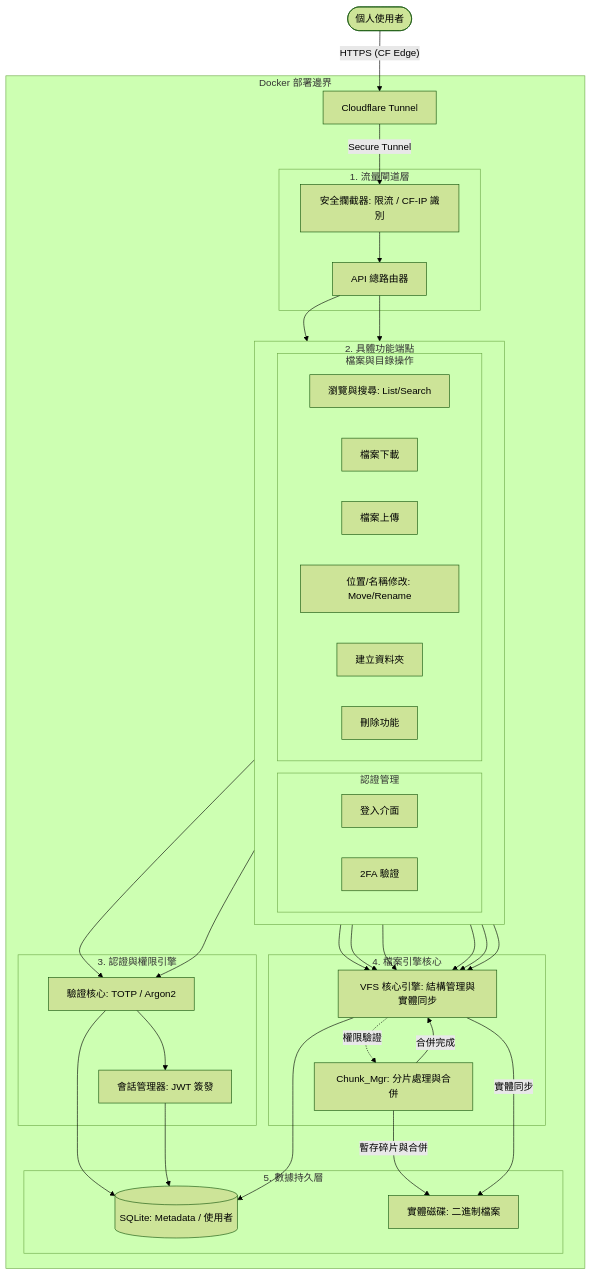
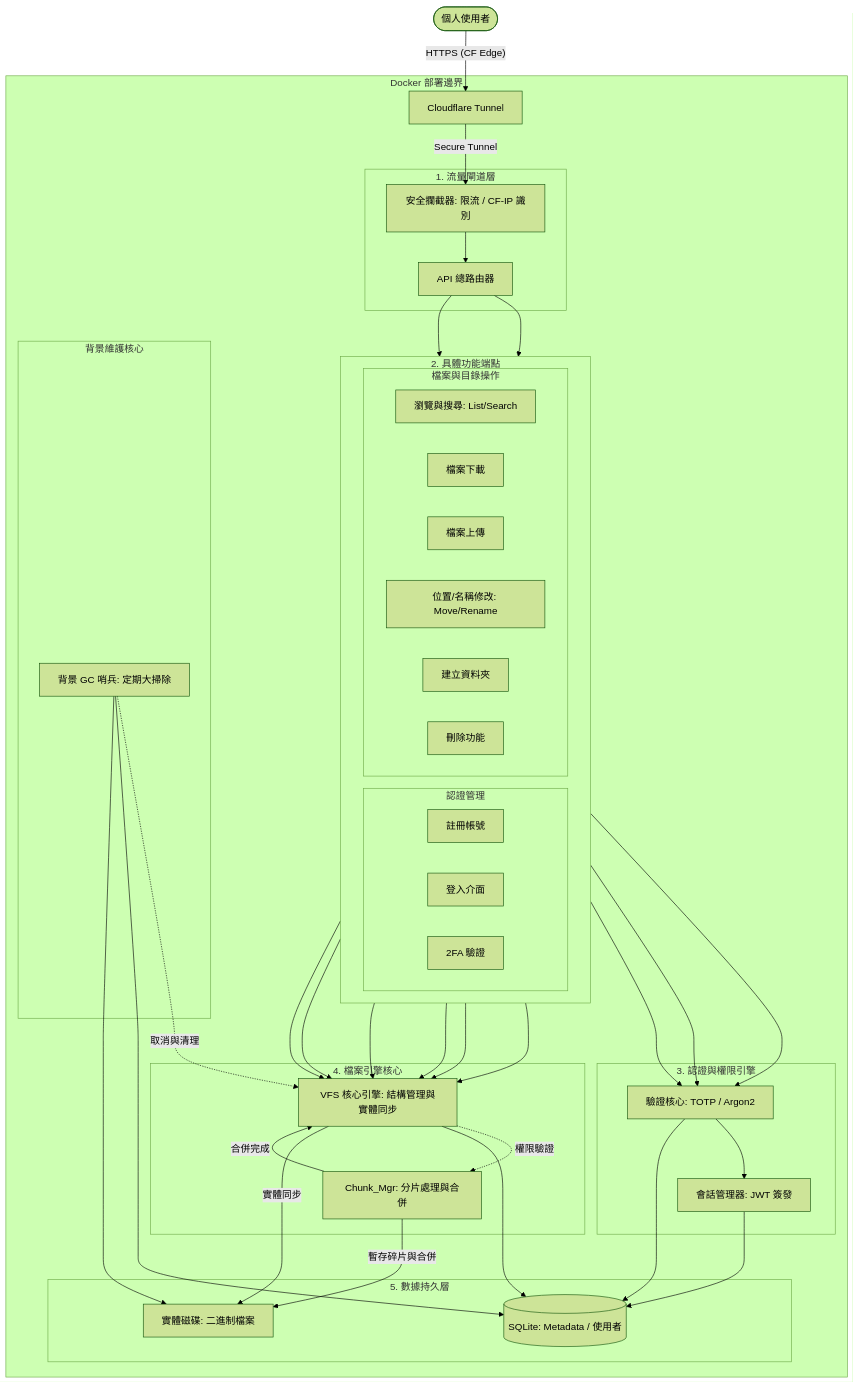
Before and after one commit to Salt-Shio/FileBrowser: the diagram in README.md, drawn with Mermaid (forest theme). The commit also changed 3 other files, not shown here.

```diff
--- a/README.md
+++ b/README.md
@@ -24,6 +24,7 @@
     subgraph Layer_2 [2. 具體功能端點]
         direction LR
         subgraph Auth_Endpoints [認證管理]
+            EP_Register[註冊帳號]
             EP_Login[登入介面]
             EP_2FA[2FA 驗證]
         end
@@ -40,7 +41,7 @@
     Router --> Auth_Endpoints
     Router --> File_Endpoints
 
-    %% 第三層：核心業務引擎 (Engines)
+    %% 第三層：核心業務引擎 (Engines) & 背景維護
     subgraph Layer_3_Auth [3. 認證與權限引擎]
         Auth_Core[驗證核心: TOTP / Argon2]
         Session_Mgr[會話管理器: JWT 簽發]
@@ -56,6 +57,10 @@
         Chunk_Mgr -- 合併完成 --> VFS_Engine
     end
 
+    subgraph Layer_3_GC [背景維護核心]
+        GC_Sentinel[背景 GC 哨兵: 定期大掃除]
+    end
+
     %% 第四層：數據持久化
     subgraph Layer_4 [5. 數據持久層]
         DB[(SQLite: Metadata / 使用者)]
@@ -63,6 +68,7 @@
     end
 
     %% 跨層對接邏輯
+    EP_Register --> Auth_Core
     EP_Login --> Auth_Core
     EP_2FA --> Auth_Core
     
@@ -74,6 +80,11 @@
     EP_Mkdir --> VFS_Engine
     EP_Delete --> VFS_Engine
 
+    %% 背景 GC 哨兵運作關聯
+    GC_Sentinel -. 取消與清理 .-> VFS_Engine
+    GC_Sentinel --> DB
+    GC_Sentinel --> Disk
+
     %% 底層持久化
     Auth_Core --> DB
     Session_Mgr --> DB
```
